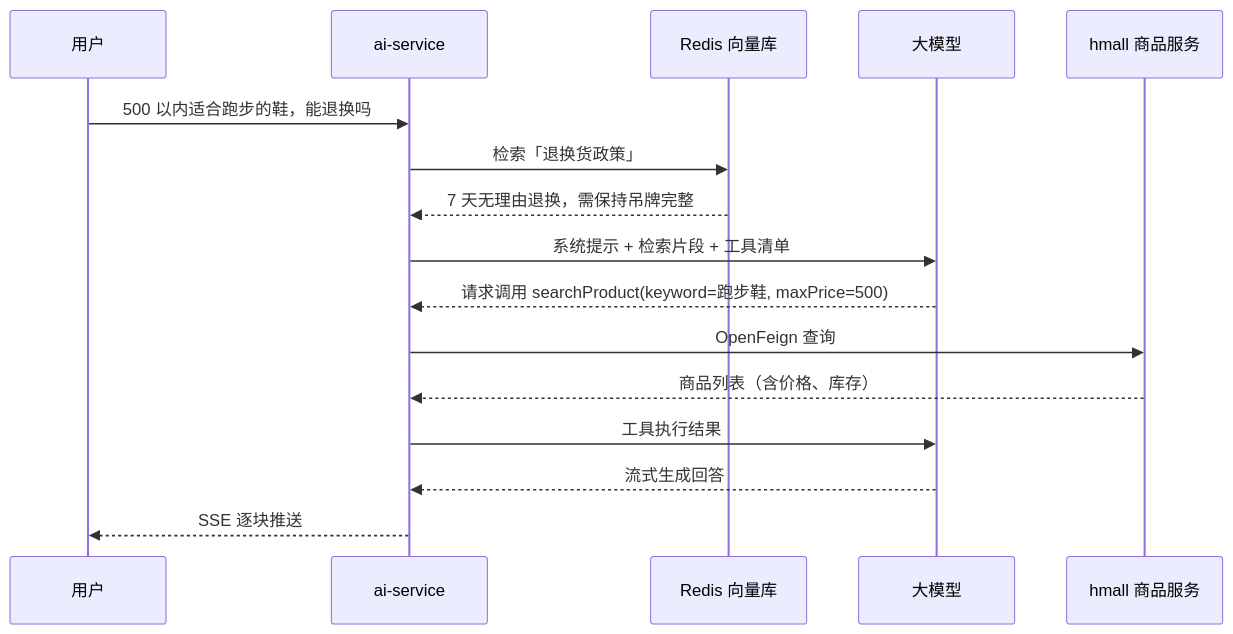
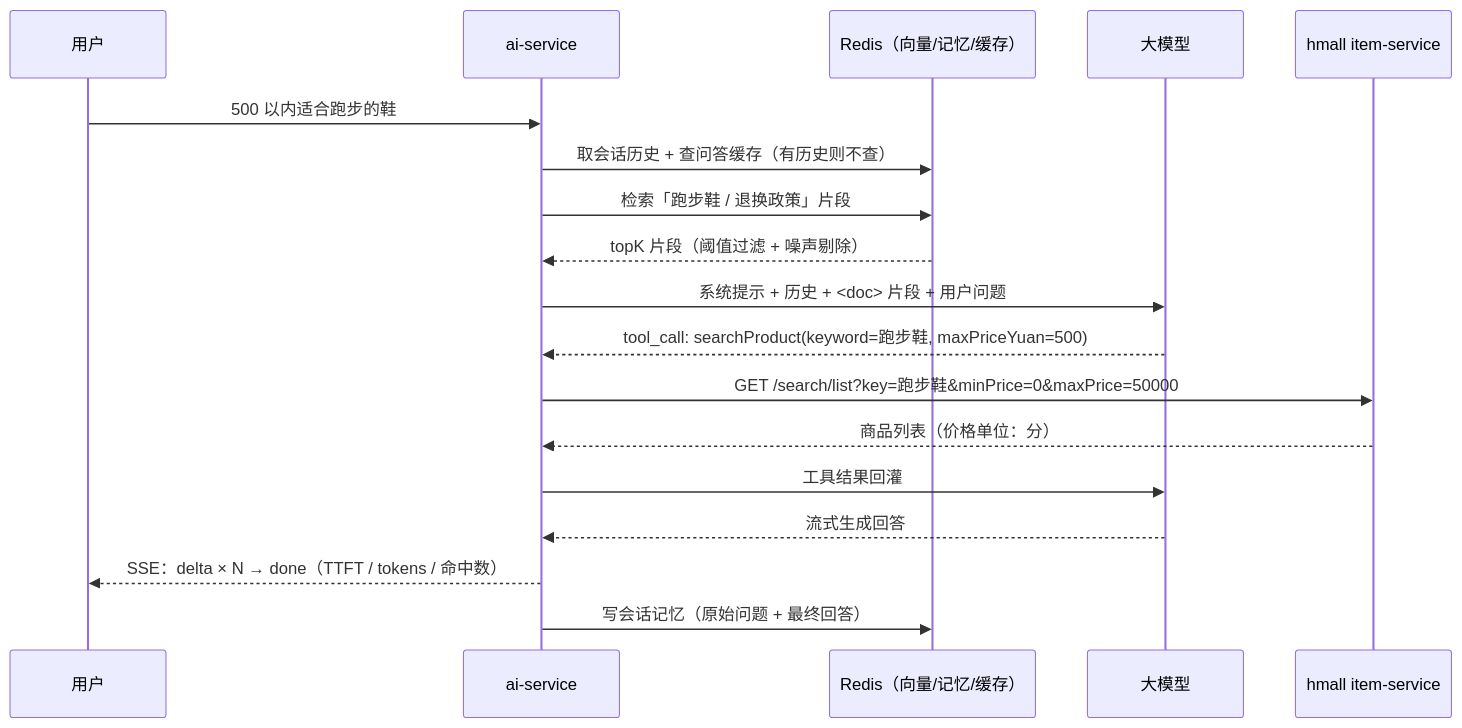
Before and after one commit to aHuaiUU/mall-ai-assistant: the second of 2 diagrams in README.md, drawn with Mermaid. The commit also changed other lines of this file and 1 other file, not shown here.

````diff
--- a/README.md
+++ b/README.md
@@ -54,19 +56,21 @@
 ```mermaid
 sequenceDiagram
     participant U as 用户
     participant A as ai-service
-    participant R as Redis 向量库
+    participant R as Redis（向量/记忆/缓存）
     participant L as 大模型
-    participant H as hmall 商品服务
+    participant H as hmall item-service
 
-    U->>A: 500 以内适合跑步的鞋，能退换吗
-    A->>R: 检索「退换货政策」
-    R-->>A: 7 天无理由退换，需保持吊牌完整
-    A->>L: 系统提示 + 检索片段 + 工具清单
-    L-->>A: 请求调用 searchProduct(keyword=跑步鞋, maxPrice=500)
-    A->>H: OpenFeign 查询
-    H-->>A: 商品列表（含价格、库存）
-    A->>L: 工具执行结果
+    U->>A: 500 以内适合跑步的鞋
+    A->>R: 取会话历史 + 查问答缓存（有历史则不查）
+    A->>R: 检索「跑步鞋 / 退换政策」片段
+    R-->>A: topK 片段（阈值过滤 + 噪声剔除）
+    A->>L: 系统提示 + 历史 + <doc> 片段 + 用户问题
+    L-->>A: tool_call: searchProduct(keyword=跑步鞋, maxPriceYuan=500)
+    A->>H: GET /search/list?key=跑步鞋&minPrice=0&maxPrice=50000
+    H-->>A: 商品列表（价格单位：分）
+    A->>L: 工具结果回灌
     L-->>A: 流式生成回答
-    A-->>U: SSE 逐块推送
+    A-->>U: SSE：delta × N → done（TTFT / tokens / 命中数）
+    A->>R: 写会话记忆（原始问题 + 最终回答）
 ```
````
